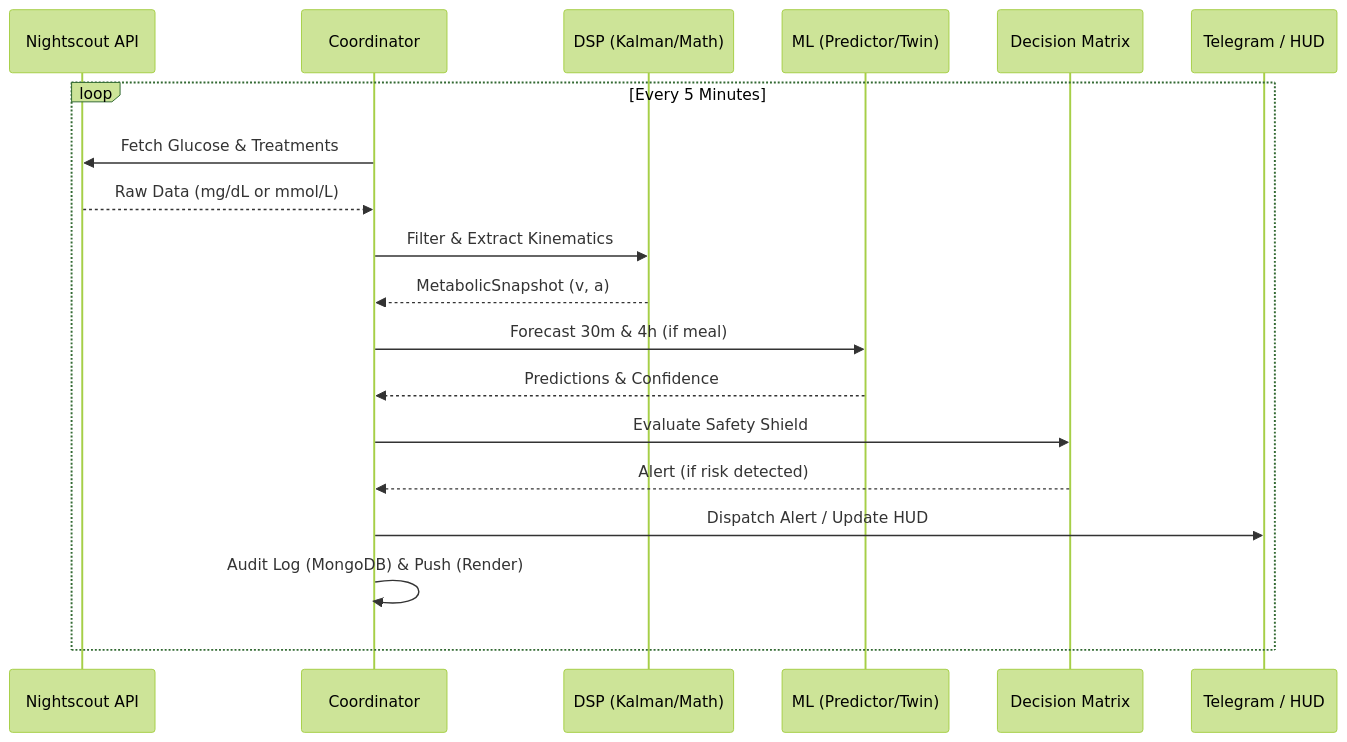
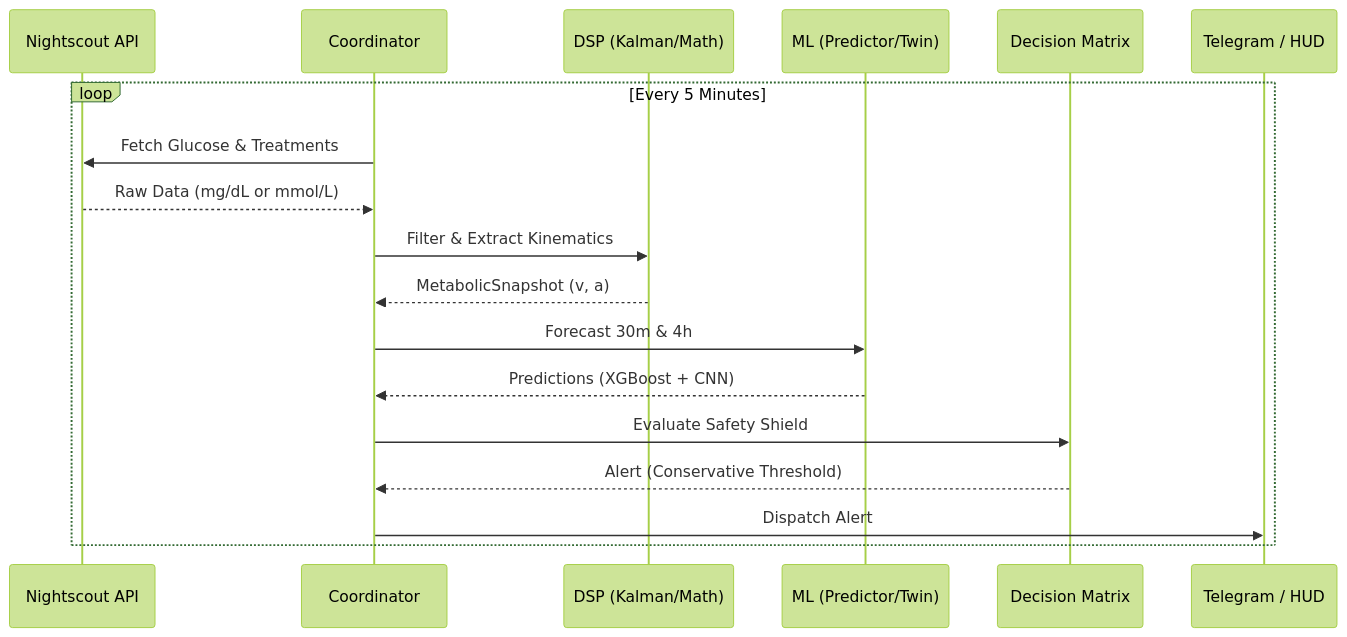
Before and after one commit to vgbn2/diabetic: the diagram in architecture.md, drawn with Mermaid (forest theme). The commit also changed other lines of this file and 89 other files, not shown here.

````diff
--- a/architecture.md
+++ b/architecture.md
@@ -11,22 +22,21 @@
 ```mermaid
 sequenceDiagram
     participant NS as Nightscout API
     participant C as Coordinator
     participant DSP as DSP (Kalman/Math)
     participant ML as ML (Predictor/Twin)
     participant DM as Decision Matrix
     participant T as Telegram / HUD
 
     loop Every 5 Minutes
         C->>NS: Fetch Glucose & Treatments
         NS-->>C: Raw Data (mg/dL or mmol/L)
         C->>DSP: Filter & Extract Kinematics
         DSP-->>C: MetabolicSnapshot (v, a)
-        C->>ML: Forecast 30m & 4h (if meal)
-        ML-->>C: Predictions & Confidence
+        C->>ML: Forecast 30m & 4h
+        ML-->>C: Predictions (XGBoost + CNN)
         C->>DM: Evaluate Safety Shield
-        DM-->>C: Alert (if risk detected)
-        C->>T: Dispatch Alert / Update HUD
-        C->>C: Audit Log (MongoDB) & Push (Render)
+        DM-->>C: Alert (Conservative Threshold)
+        C->>T: Dispatch Alert
     end
 ```
````
